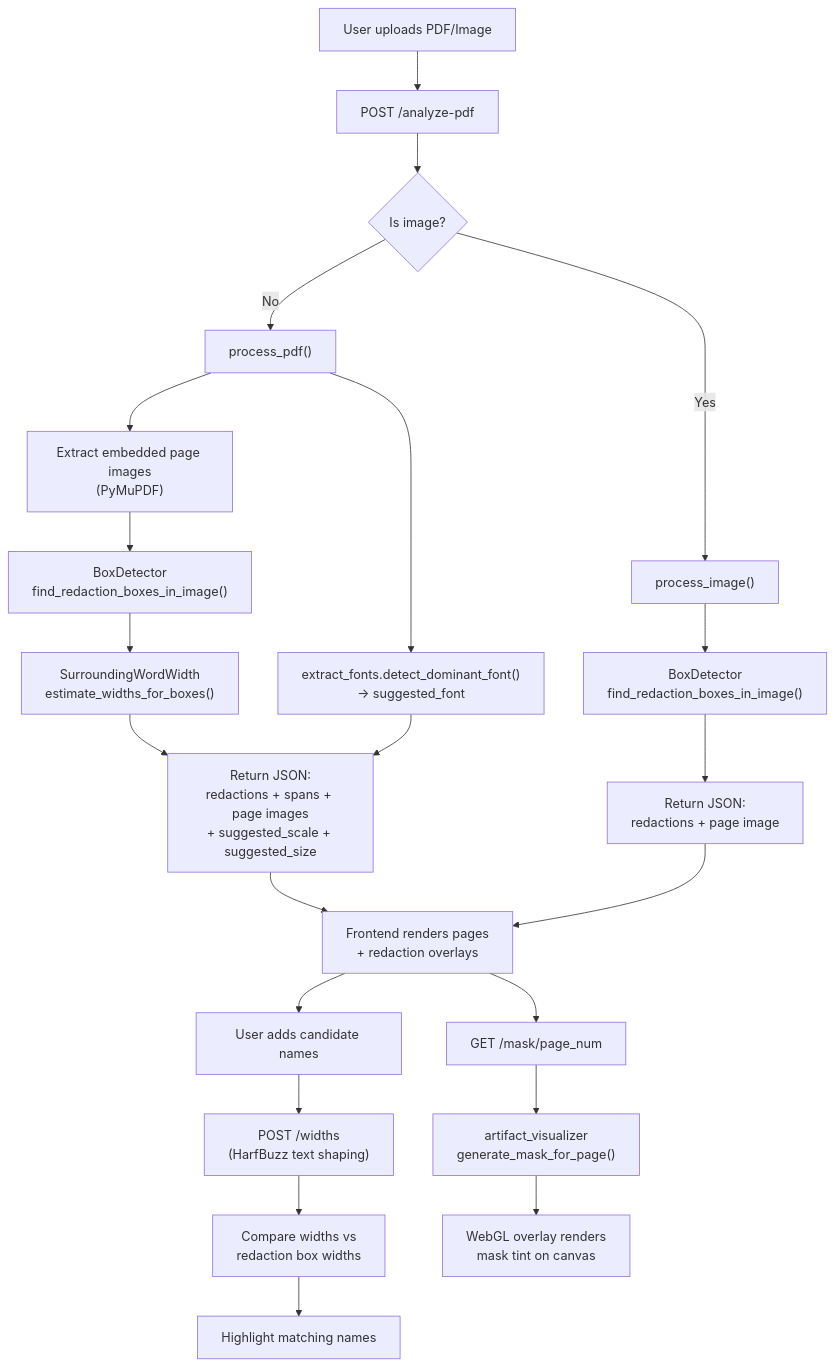
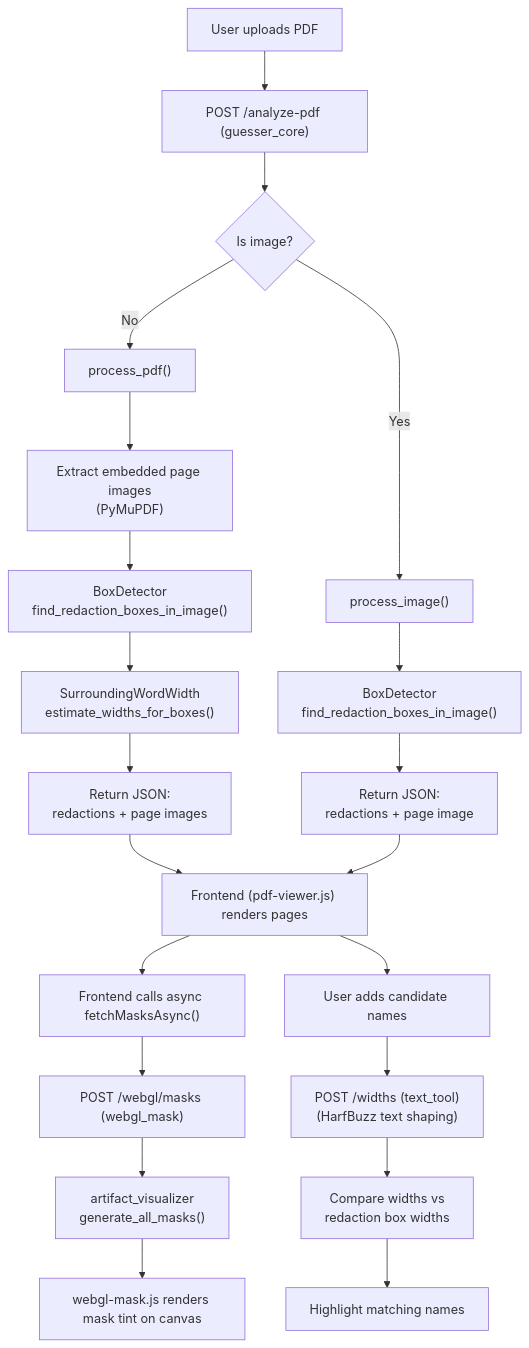
The first of 2 diagrams in guide/architecture/architecture-overview.md (JaguarM/EpsteinTool), drawn with Mermaid before and after one commit. The commit also changed other lines of this file and 58 other files, not shown here.

````diff
--- a/guide/architecture/architecture-overview.md
+++ b/guide/architecture/architecture-overview.md
@@ -67,29 +69,28 @@
 ```mermaid
 flowchart TD
-    A["User uploads PDF/Image"] --> B["POST /analyze-pdf"]
+    A["User uploads PDF"] --> B["POST /analyze-pdf (guesser_core)"]
     B --> C{"Is image?"}
     C -->|Yes| D["process_image()"]
     C -->|No| E["process_pdf()"]
 
     E --> F["Extract embedded page images\n(PyMuPDF)"]
     F --> G["BoxDetector\nfind_redaction_boxes_in_image()"]
     G --> H["SurroundingWordWidth\nestimate_widths_for_boxes()"]
-    H --> I["Return JSON:\nredactions + spans + page images\n+ suggested_scale + suggested_size"]
-    E --> EF["extract_fonts.detect_dominant_font()\n→ suggested_font"]
-    EF --> I
+    H --> I["Return JSON:\nredactions + page images"]
 
     D --> G2["BoxDetector\nfind_redaction_boxes_in_image()"]
     G2 --> I2["Return JSON:\nredactions + page image"]
 
-    I --> J["Frontend renders pages\n+ redaction overlays"]
+    I --> J["Frontend (pdf-viewer.js) renders pages"]
     I2 --> J
+    
+    J --> Y["Frontend calls async fetchMasksAsync()"]
+    Y --> O["POST /webgl/masks (webgl_mask)"]
+    O --> P["artifact_visualizer\ngenerate_all_masks()"]
+    P --> Q["webgl-mask.js renders mask tint on canvas"]
 
     J --> K["User adds candidate names"]
-    K --> L["POST /widths\n(HarfBuzz text shaping)"]
+    K --> L["POST /widths (text_tool)\n(HarfBuzz text shaping)"]
     L --> M["Compare widths vs\nredaction box widths"]
     M --> N["Highlight matching names"]
-
-    J --> O["GET /mask/page_num"]
-    O --> P["artifact_visualizer\ngenerate_mask_for_page()"]
-    P --> Q["WebGL overlay renders\nmask tint on canvas"]
 ```
````
